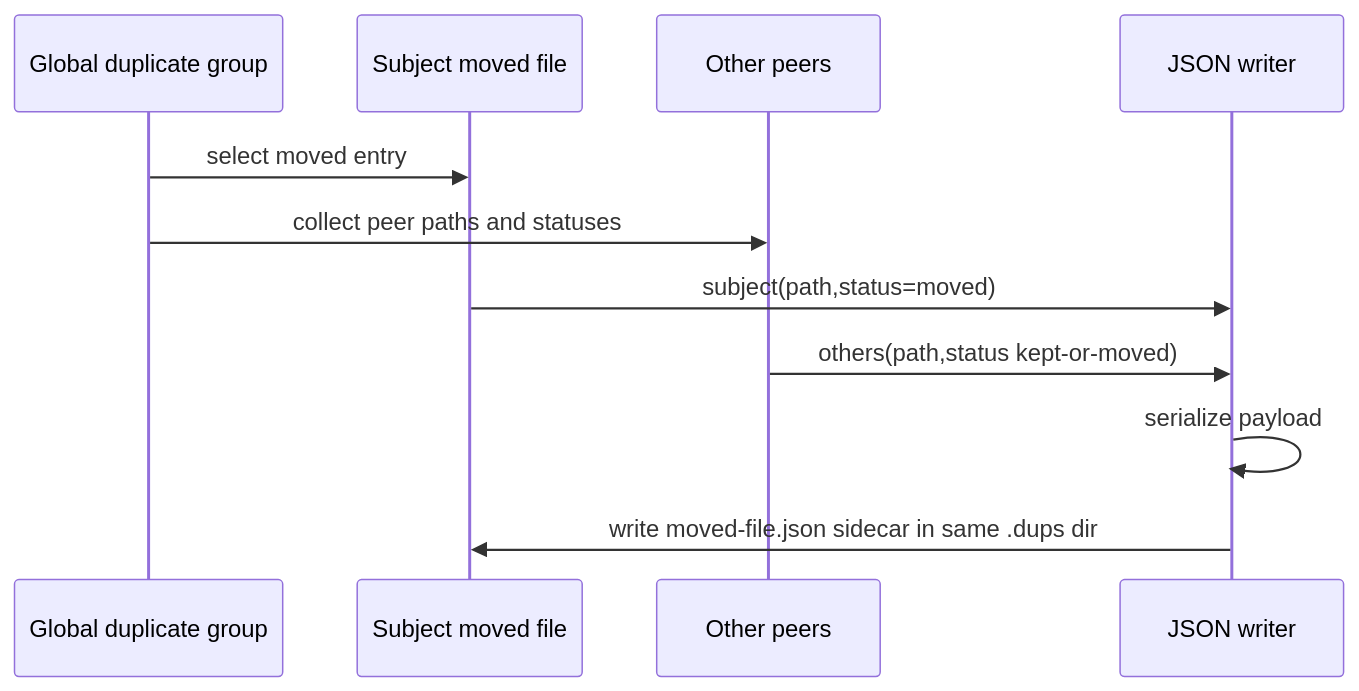
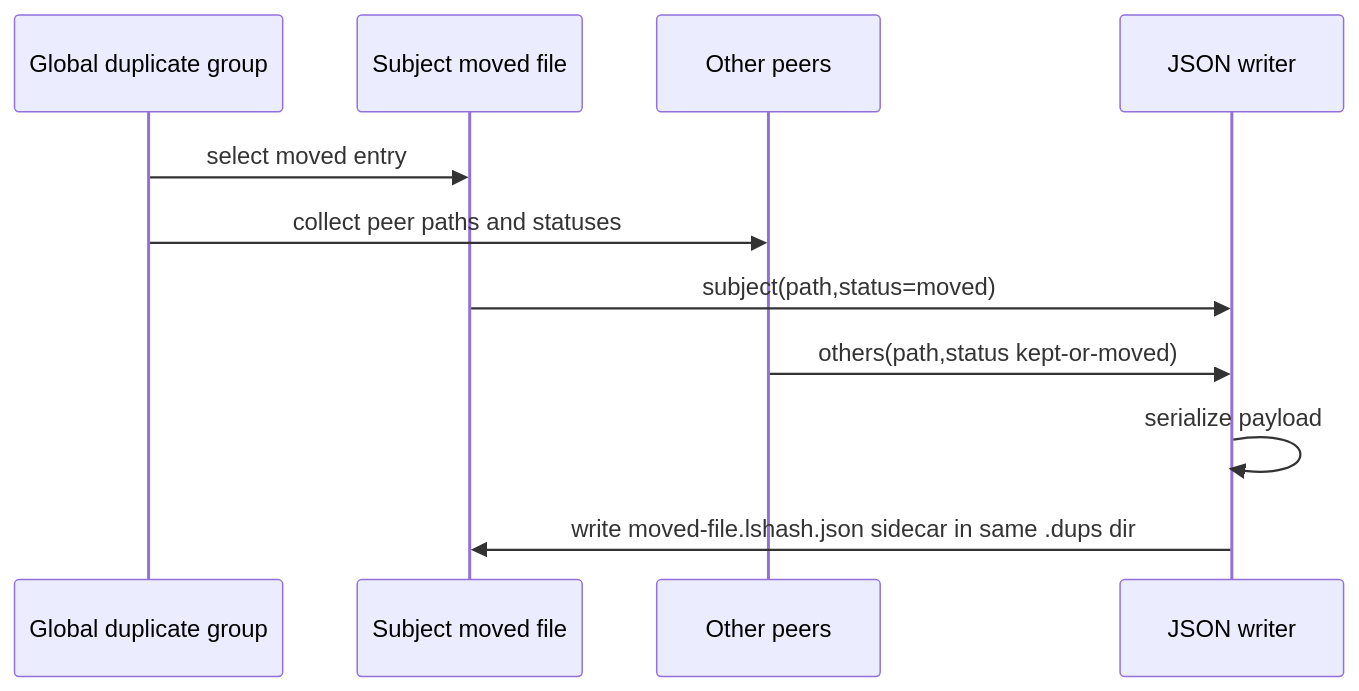
One commit to ngpepin/lshash changed diagram 13 of 15 in ARCHITECTURE.md. Above: the diagram before and after it, drawn with Mermaid. The commit also changed other lines of this file and 5 other files, not shown here.

````diff
--- a/ARCHITECTURE.md
+++ b/ARCHITECTURE.md
@@ -234,14 +235,14 @@
 ```mermaid
 sequenceDiagram
   participant G as Global duplicate group
   participant S as Subject moved file
   participant O as Other peers
   participant J as JSON writer
 
   G->>S: select moved entry
   G->>O: collect peer paths and statuses
   S->>J: subject(path,status=moved)
   O->>J: others(path,status kept-or-moved)
   J->>J: serialize payload
-  J->>S: write moved-file.json sidecar in same .dups dir
+   J->>S: write moved-file.lshash.json sidecar in same .dups dir
 ```
````
